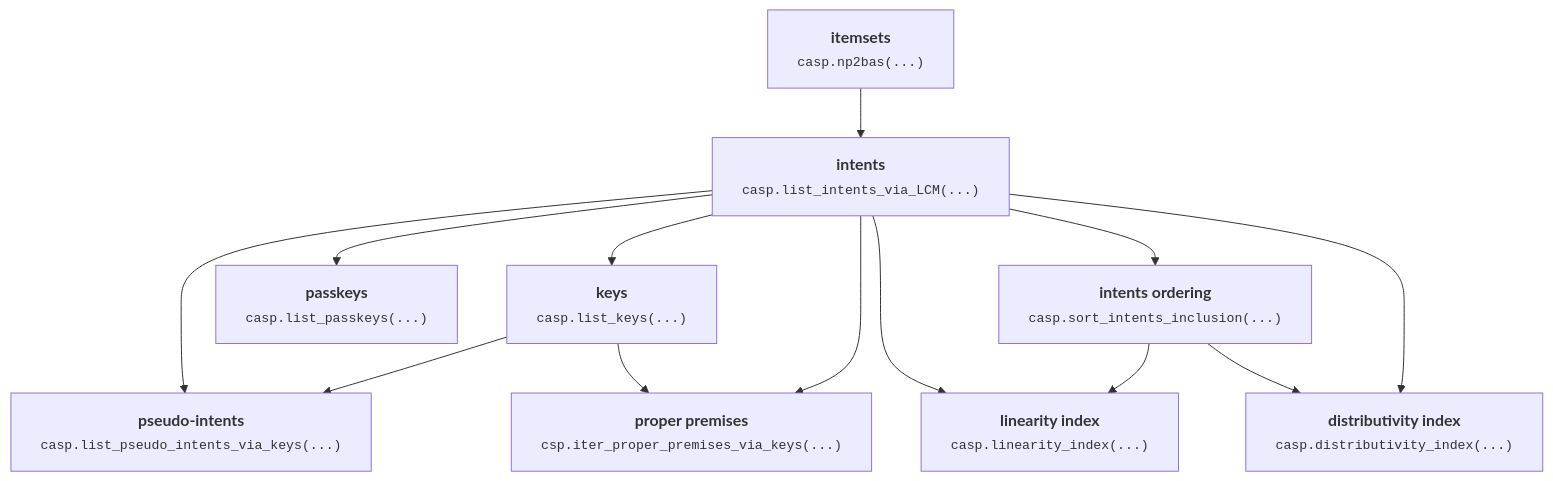
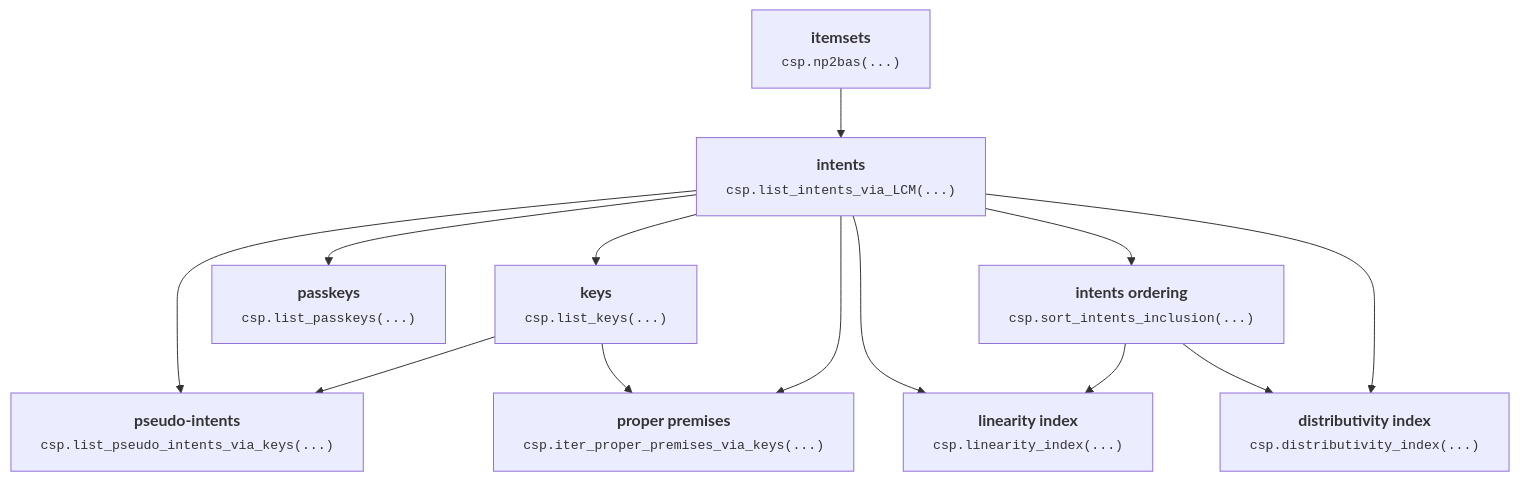
One commit to EgorDudyrev/caspailleur changed the diagram in README.md. Above: the diagram before and after it, drawn with Mermaid. The commit also changed other lines of this file, not shown here.

````diff
--- a/README.md
+++ b/README.md
@@ -8,22 +43,22 @@
 ```mermaid
   graph TD;
-      S["<b>itemsets</b><br><small><tt>casp.np2bas(...)</tt></small>"];
-      A["<b>intents</b><br><small><tt>casp.list_intents_via_LCM(...)</tt></small>"];
-      B["<b>keys</b><br><small><tt>casp.list_keys(...)</tt></small>"];
-      C["<b>passkeys</b><br><small><tt>casp.list_passkeys(...)</tt></small>"];
-      D["<b>intents ordering</b><br><small><tt>casp.sort_intents_inclusion(...)</tt></small>"]; 
-      E["<b>pseudo-intents</b><br><small><tt>casp.list_pseudo_intents_via_keys(...)</tt></small>"];
+      S["<b>itemsets</b><br><small><tt>csp.np2bas(...)</tt></small>"];
+      A["<b>intents</b><br><small><tt>csp.list_intents_via_LCM(...)</tt></small>"];
+      B["<b>keys</b><br><small><tt>csp.list_keys(...)</tt></small>"];
+      C["<b>passkeys</b><br><small><tt>csp.list_passkeys(...)</tt></small>"];
+      D["<b>intents ordering</b><br><small><tt>csp.sort_intents_inclusion(...)</tt></small>"]; 
+      E["<b>pseudo-intents</b><br><small><tt>csp.list_pseudo_intents_via_keys(...)</tt></small>"];
       F["<b>proper premises</b><br><small><tt>csp.iter_proper_premises_via_keys(...)</tt></small>"];
-      G["<b>linearity index</b><br><small><tt>casp.linearity_index(...)</tt></small>"];
-      H["<b>distributivity index</b><br><small><tt>casp.distributivity_index(...)</tt></small>"];
+      G["<b>linearity index</b><br><small><tt>csp.linearity_index(...)</tt></small>"];
+      H["<b>distributivity index</b><br><small><tt>csp.distributivity_index(...)</tt></small>"];
       
       S --> A
       A --> B;
       A --> C;
       A --> D;
       A --> E; 
       B --> E;  
       B --> F; A --> F; 
       A --> G; D --> G;
       D --> H; A --> H; 
 ```
````
